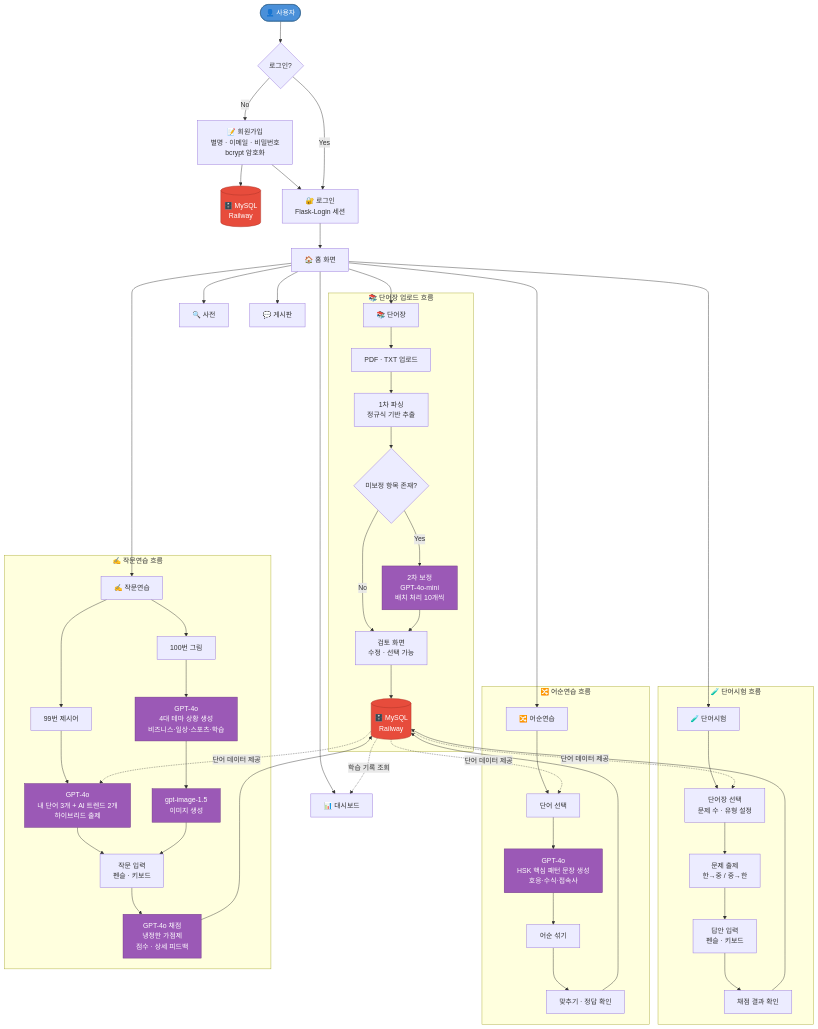
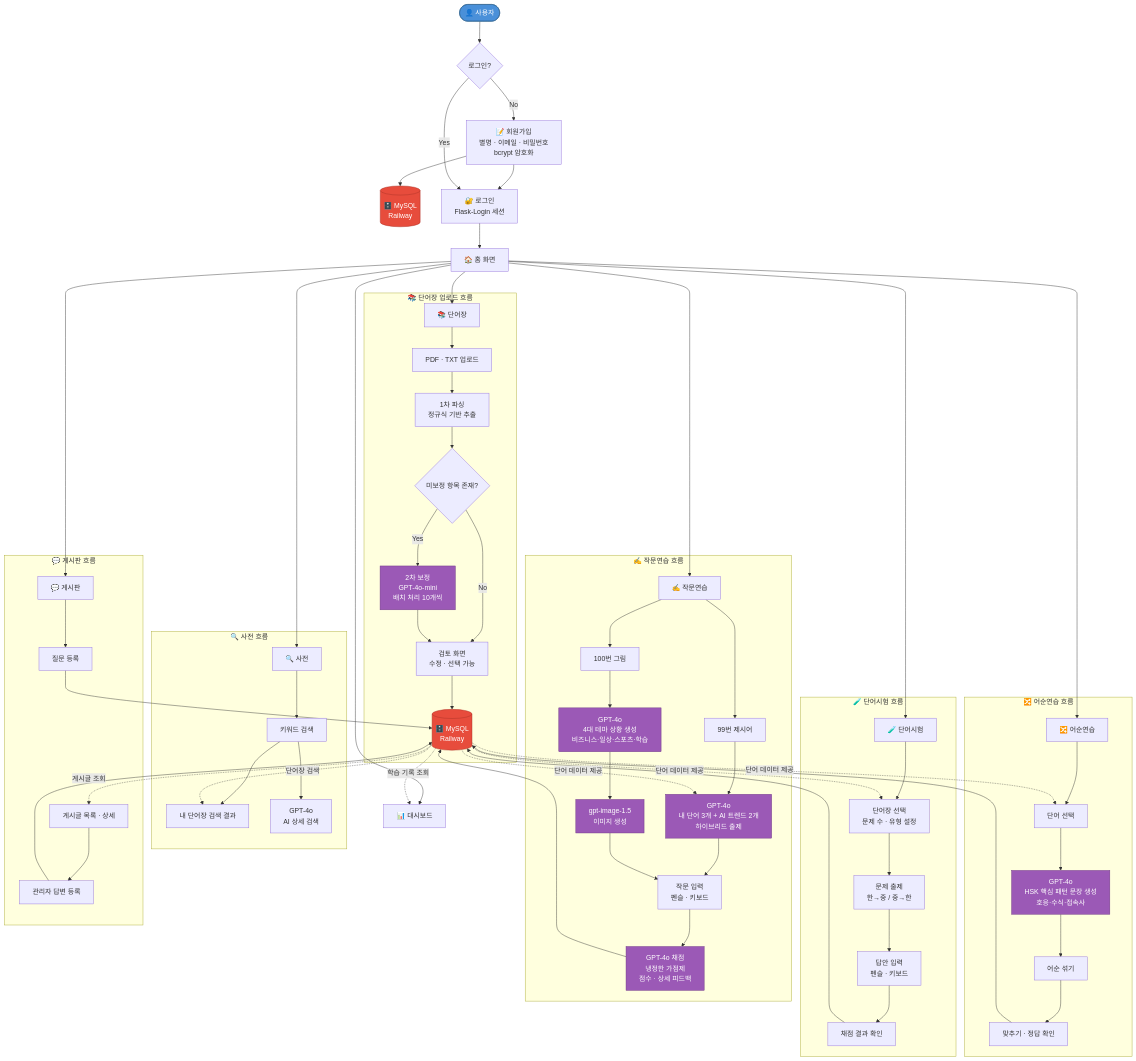
One commit to asteria412/vocahigh-V2 changed the diagram in 플로우차트.md. Above: the diagram before and after it, drawn with Mermaid.

Commit message:
docs: 사전·게시판 DB 흐름 추가
사전 - DB 단어장 검색 흐름, 게시판 - 게시글/답변 DB 저장·조회 흐름 추가

```diff
--- a/플로우차트.md
+++ b/플로우차트.md
@@ -54,9 +54,24 @@
         D7 --> DB
     end
 
+    subgraph DICT ["🔍 사전 흐름"]
+        E --> E1["키워드 검색"]
+        E1 --> E2["내 단어장 검색 결과"]
+        E1 --> E3["GPT-4o<br/>AI 상세 검색"]
+    end
+
+    subgraph BOARD ["💬 게시판 흐름"]
+        G --> G1["질문 등록"]
+        G1 --> DB
+        DB -.->|게시글 조회| G2["게시글 목록 · 상세"]
+        G2 --> G3["관리자 답변 등록"]
+        G3 --> DB
+    end
+
     DB -.->|단어 데이터 제공| B1
     DB -.->|단어 데이터 제공| C1
     DB -.->|단어 데이터 제공| D3
+    DB -.->|단어장 검색| E2
     DB -.->|학습 기록 조회| F
 
     classDef aiNode fill:#9B59B6,stroke:#6C3483,color:#fff
```
